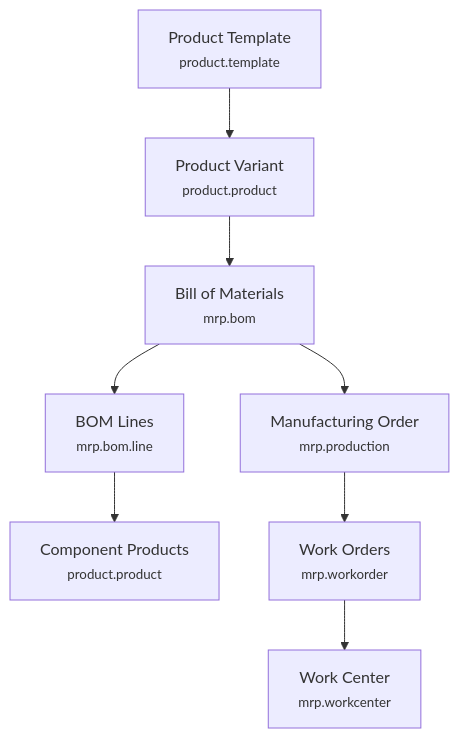
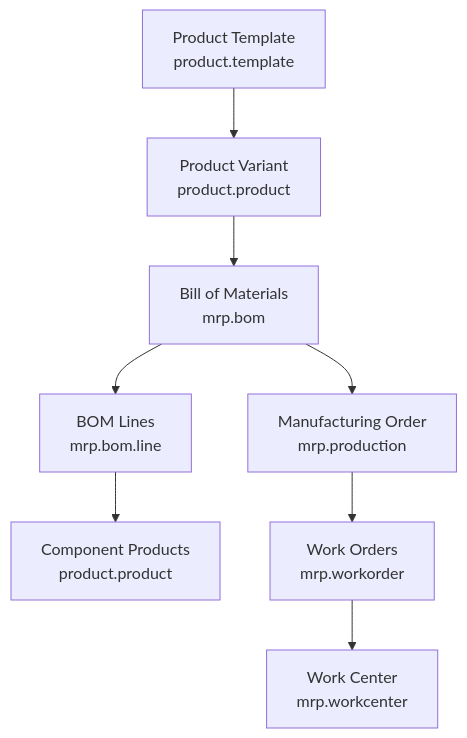
Before and after one commit to pran-odoo/odoo-training: the fourth of 10 diagrams in docs/19-examples.md, drawn with Mermaid. The commit also changed other lines of this file and 6 other files, not shown here.

First line of the commit message:
Remove HTML br tags from Mermaid diagrams

````diff
--- a/docs/19-examples.md
+++ b/docs/19-examples.md
@@ -126,10 +139,18 @@
 ```mermaid
 graph TD
-    PT[Product Template<br><small>product.template</small>] --> PP[Product Variant<br><small>product.product</small>]
-    PP --> BOM[Bill of Materials<br><small>mrp.bom</small>]
-    BOM --> BOML[BOM Lines<br><small>mrp.bom.line</small>]
-    BOML --> COMP[Component Products<br><small>product.product</small>]
-    BOM --> MO[Manufacturing Order<br><small>mrp.production</small>]
-    MO --> WO[Work Orders<br><small>mrp.workorder</small>]
-    WO --> WC[Work Center<br><small>mrp.workcenter</small>]
+    PT["Product Template
+    product.template"] --> PP["Product Variant
+    product.product"]
+    PP --> BOM["Bill of Materials
+    mrp.bom"]
+    BOM --> BOML["BOM Lines
+    mrp.bom.line"]
+    BOML --> COMP["Component Products
+    product.product"]
+    BOM --> MO["Manufacturing Order
+    mrp.production"]
+    MO --> WO["Work Orders
+    mrp.workorder"]
+    WO --> WC["Work Center
+    mrp.workcenter"]
 ```
````
